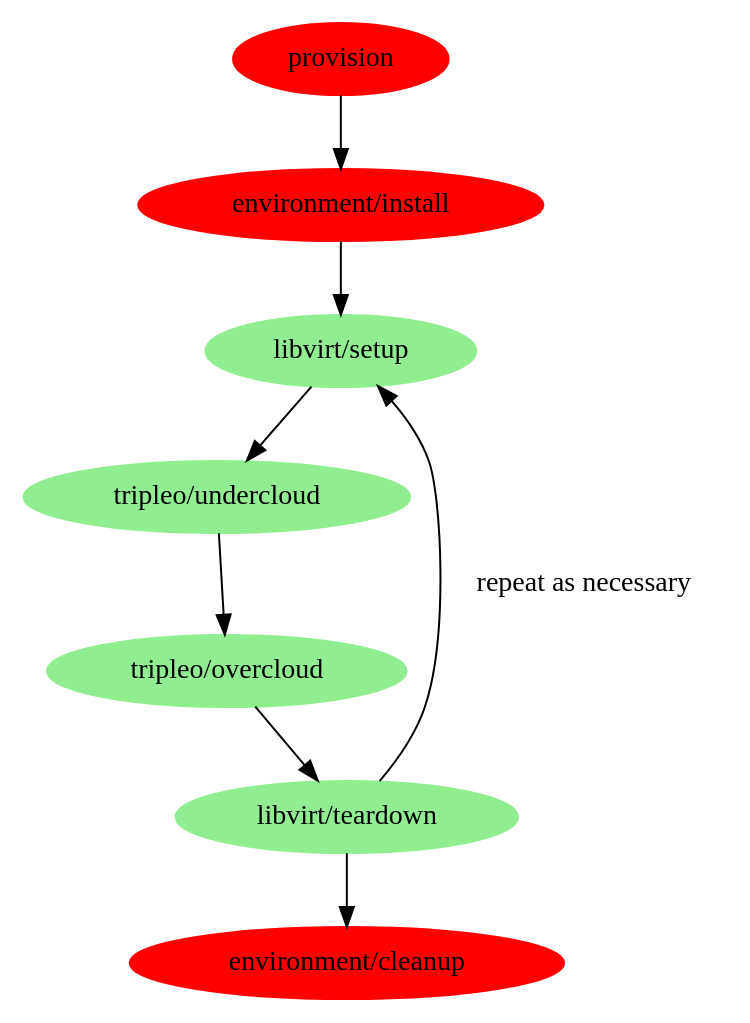
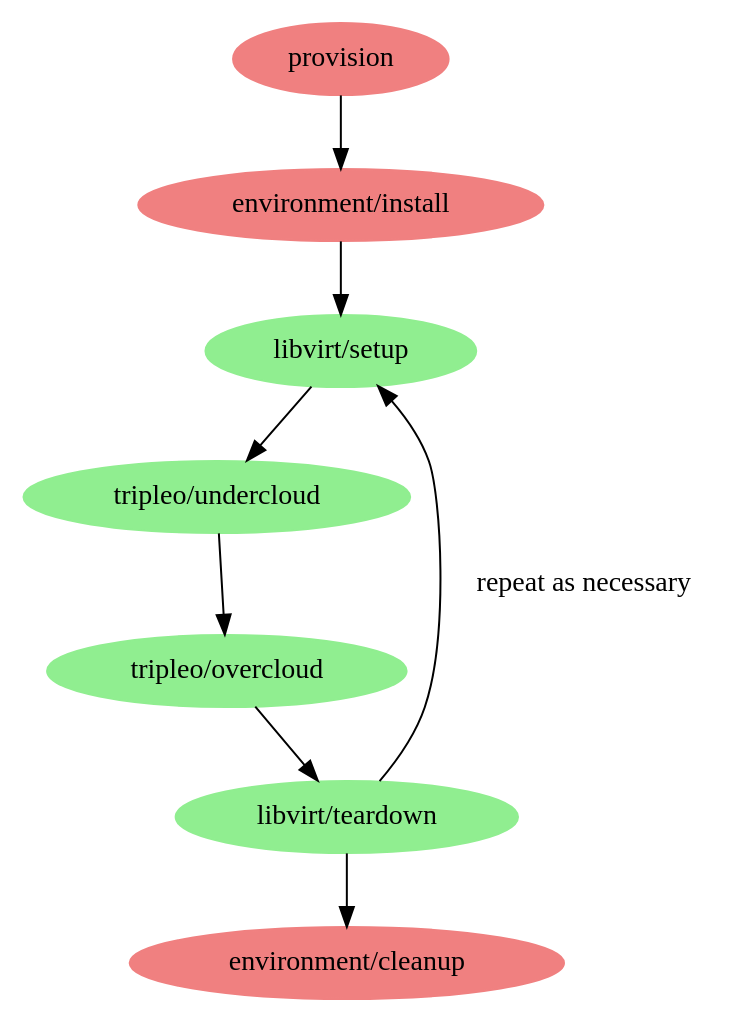
The diagram in workflow.dot (larsks/oooq-workflow), drawn with Graphviz before and after one commit. The commit also changed 4 other files, not shown here.

```diff
--- a/workflow.dot
+++ b/workflow.dot
@@ -1,18 +1,18 @@
 digraph {
-	node [style="filled", color="lightgreen"];
-	provision [color="red"];
-	"environment/install" [color="red"];
+	node [style="filled", color="#90EE90"];
+	provision [color="#f08080"];
+	"environment/install" [color="#f08080"];
 	"libvirt/setup";
 	"tripleo/undercloud";
 	"tripleo/overcloud";
 	"libvirt/teardown";
-	"environment/cleanup" [color="red"];
+	"environment/cleanup" [color="#f08080"];
 
 	provision -> "environment/install";
 	"environment/install" -> "libvirt/setup";
 	"libvirt/setup" -> "tripleo/undercloud";
 	"tripleo/undercloud" -> "tripleo/overcloud";
 	"tripleo/overcloud" -> "libvirt/teardown";
 	"libvirt/teardown" -> "libvirt/setup" [label="repeat as necessary"];
 	"libvirt/teardown" -> "environment/cleanup";
 }
```
